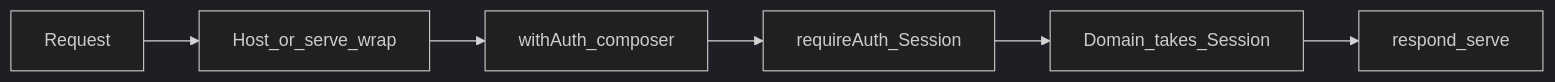
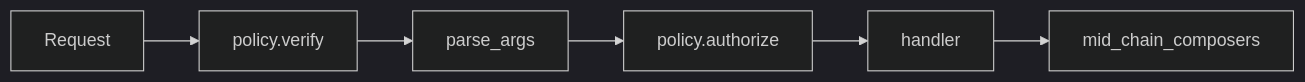
The diagram in docs/advanced-usage.md (project-eddy/never-rest), drawn with Mermaid (dark theme) before and after one commit. The commit also changed other lines of this file and 19 other files, not shown here.

````diff
--- a/docs/advanced-usage.md
+++ b/docs/advanced-usage.md
@@ -14,8 +12,8 @@
 ```mermaid
 flowchart LR
-  request[Request] --> hostWrap[Host_or_serve_wrap]
-  hostWrap --> composer[withAuth_composer]
-  composer --> gate[requireAuth_Session]
-  gate --> domain[Domain_takes_Session]
-  domain --> respond[respond_serve]
+  request[Request] --> verify[policy.verify]
+  verify --> parse[parse_args]
+  parse --> authz[policy.authorize]
+  authz --> handler[handler]
+  handler --> composer[mid_chain_composers]
 ```
````
